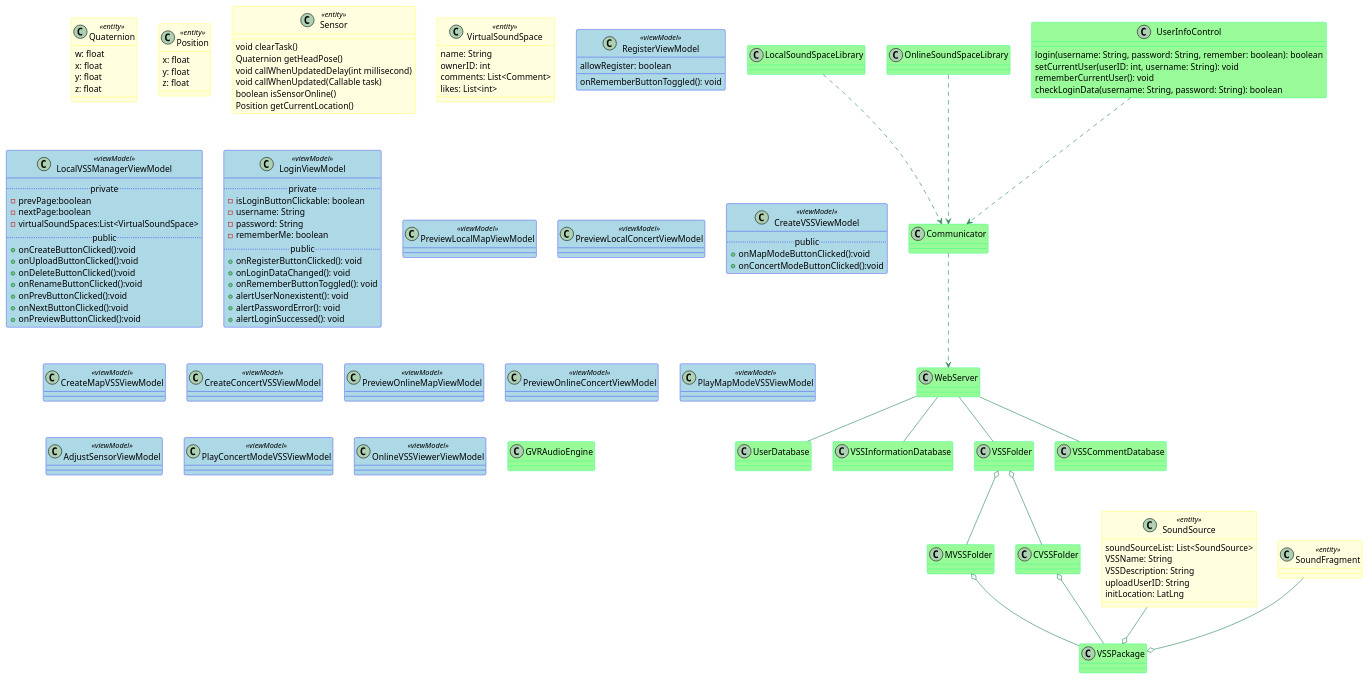
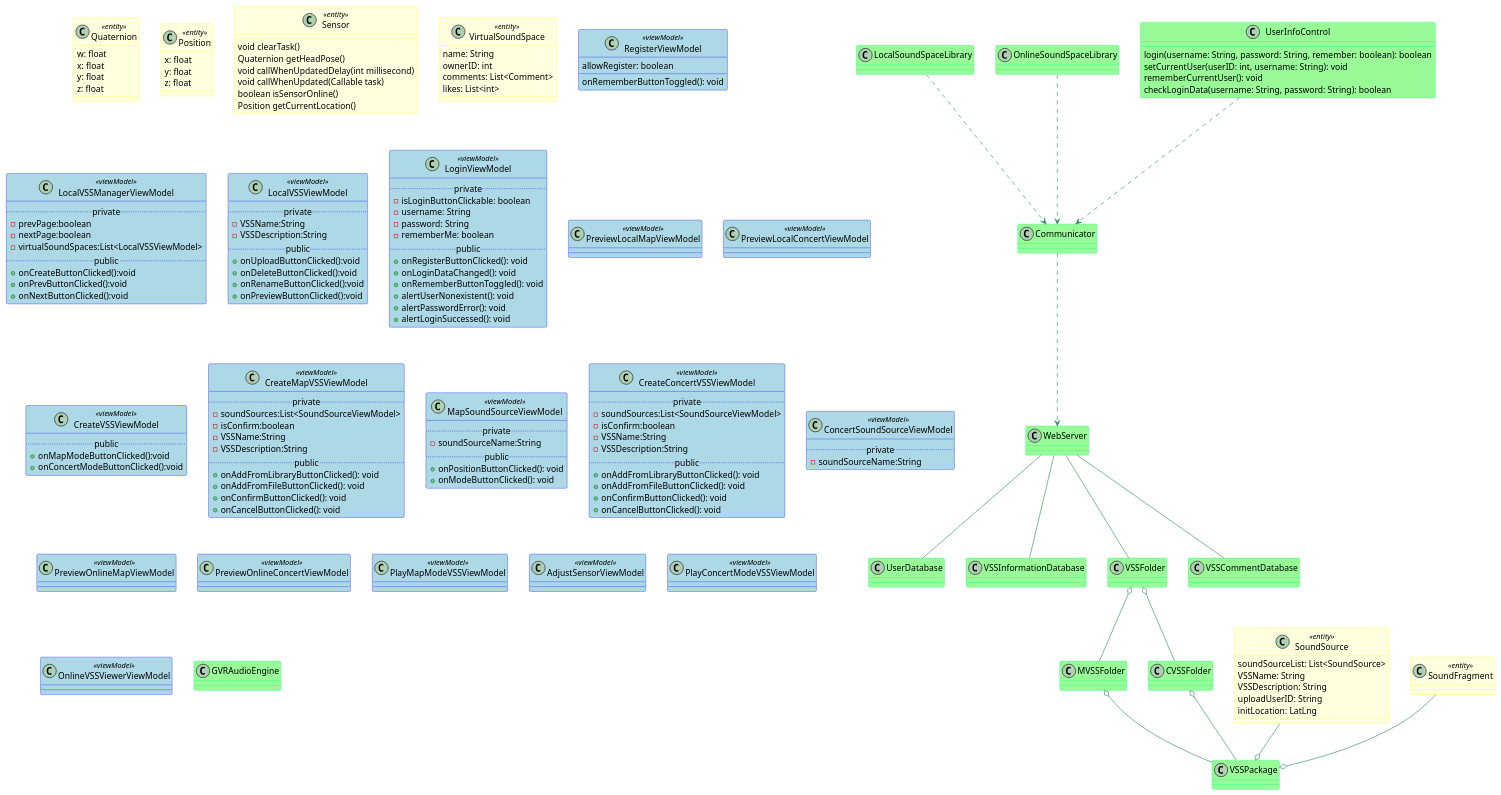
The diagram in 设计/对象模型.md (kpp19920121/doc), drawn with PlantUML before and after one commit. The commit also changed 2 other files, not shown here.

Commit message:
处理RecycleList下的子ViewModel

```diff
--- a/设计/对象模型.md
+++ b/设计/对象模型.md
@@ -117,17 +117,22 @@
   ..private..
   -prevPage:boolean
   -nextPage:boolean
-  -virtualSoundSpaces:List<VirtualSoundSpace>
+  -virtualSoundSpaces:List<LocalVSSViewModel>
   ..public..
   +onCreateButtonClicked():void
+  +onPrevButtonClicked():void
+  +onNextButtonClicked():void
+}
+class LocalVSSViewModel <<viewModel>> {
+  ..private..
+  -VSSName:String
+  -VSSDescription:String
+  ..public..
   +onUploadButtonClicked():void
   +onDeleteButtonClicked():void
   +onRenameButtonClicked():void
-  +onPrevButtonClicked():void
-  +onNextButtonClicked():void
   +onPreviewButtonClicked():void
 }
-
 class LoginViewModel <<viewModel>> {
 	..private..
 	- isLoginButtonClickable: boolean
@@ -155,10 +160,39 @@
   +onConcertModeButtonClicked():void
 }
 class CreateMapVSSViewModel <<viewModel>> {
-
+  ..private..
+  -soundSources:List<SoundSourceViewModel>
+  -isConfirm:boolean
+  -VSSName:String
+  -VSSDescription:String
+  ..public..
+  +onAddFromLibraryButtonClicked(): void
+  +onAddFromFileButtonClicked(): void
+  +onConfirmButtonClicked(): void
+  +onCancelButtonClicked(): void
+}
+class MapSoundSourceViewModel <<viewModel>> {
+  ..private..
+  -soundSourceName:String
+  ..public..
+  +onPositionButtonClicked(): void
+  +onModeButtonClicked(): void
 }
 class CreateConcertVSSViewModel <<viewModel>> {
-
+  ..private..
+  -soundSources:List<SoundSourceViewModel>
+  -isConfirm:boolean
+  -VSSName:String
+  -VSSDescription:String
+  ..public..
+  +onAddFromLibraryButtonClicked(): void
+  +onAddFromFileButtonClicked(): void
+  +onConfirmButtonClicked(): void
+  +onCancelButtonClicked(): void
+}
+class ConcertSoundSourceViewModel <<viewModel>> {
+  ..private..
+  -soundSourceName:String
 }
 class PreviewOnlineMapViewModel <<viewModel>> {
 
```
